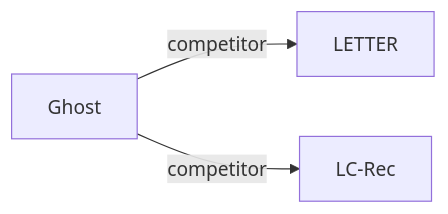
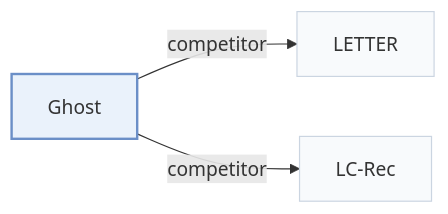
The second of 2 diagrams in pages/papers/ghost.md (Galaxy-ghost/Awesome-SID-Generative-Rec), drawn with Mermaid before and after one commit. The commit also changed other lines of this file and 649 other files, not shown here.

Commit message:
writer-05: also tags and modality index (schema, check, build, visuals); summary field removed; calibration data for 12 papers

````diff
--- a/pages/papers/ghost.md
+++ b/pages/papers/ghost.md
@@ -69,6 +73,10 @@
 ```mermaid
 flowchart LR
     P["Ghost"]
-    P -->|competitor| A["LETTER"]
-    P -->|competitor| B["LC-Rec"]
+    P -->|"competitor"| A["LETTER"]
+    P -->|"competitor"| B["LC-Rec"]
+    classDef main fill:#eaf2fb,stroke:#6b8fc7,stroke-width:2px
+    classDef peer fill:#f8fafc,stroke:#cbd5e1
+    class P main
+    class A,B peer
 ```
````
